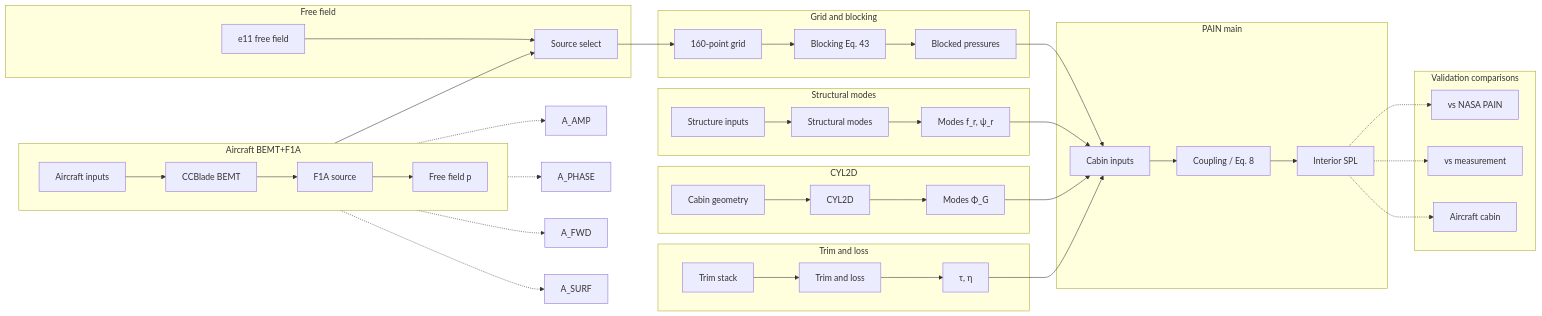
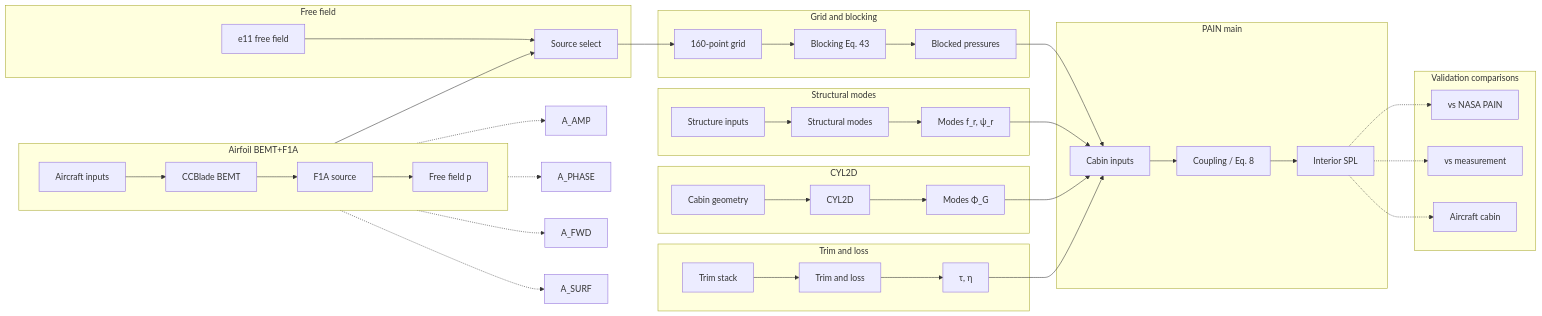
One commit to hoangf1/PAIN changed the fifth of 5 diagrams in rea-work/docs/flowchart.md. Above: the diagram before and after it, drawn with Mermaid. The commit also changed other lines of this file and 79 other files, not shown here.

````diff
--- a/rea-work/docs/flowchart.md
+++ b/rea-work/docs/flowchart.md
@@ -333,37 +335,37 @@
 ```mermaid
 flowchart LR
-  subgraph G_AIR["Aircraft BEMT+F1A"]
+  subgraph G_AIR["Airfoil BEMT+F1A"]
     direction LR
     A_GEO["Aircraft inputs"] --> A_LOADS["CCBlade BEMT"] --> X_F1A["F1A source"] --> X_FF["Free field p"]
   end
   subgraph G_FF["Free field"]
     P_FF["e11 free field"] --> X_SRC["Source select"]
     X_FF --> X_SRC
   end
   subgraph G_GRID["Grid and blocking"]
     X_SRC --> P_GRID["160-point grid"] --> P_BLK["Blocking Eq. 43"] --> X_BLK_OUT["Blocked pressures"]
   end
   subgraph G_MRP["Structural modes"]
     X_MRP_IN["Structure inputs"] --> P_MRP["Structural modes"] --> X_MRP_OUT["Modes f_r, ψ_r"]
   end
   subgraph G_CYL["CYL2D"]
     X_CYL_IN["Cabin geometry"] --> P_CYL["CYL2D"] --> X_CYL_OUT["Modes Φ_G"]
   end
   subgraph G_TRIM["Trim and loss"]
     X_TRIM_IN["Trim stack"] --> P_TRIM["Trim and loss"] --> X_TRIM_OUT["τ, η"]
   end
   subgraph G_PAIN["PAIN main"]
     X_PAIN_IN["Cabin inputs"] --> P_EQ8["Coupling / Eq. 8"] --> X_OUT["Interior SPL"]
   end
   subgraph G_VAL["Validation comparisons"]
     P_REPRO["vs NASA PAIN"]
     P_MEAS["vs measurement"]
     A_CABIN["Aircraft cabin"]
   end
   X_BLK_OUT --> X_PAIN_IN
   X_MRP_OUT --> X_PAIN_IN
   X_CYL_OUT --> X_PAIN_IN
   X_TRIM_OUT --> X_PAIN_IN
   X_FF -.-> A_AMP & A_PHASE & A_FWD & A_SURF
   X_OUT -.-> P_REPRO & P_MEAS & A_CABIN
 ```
````
